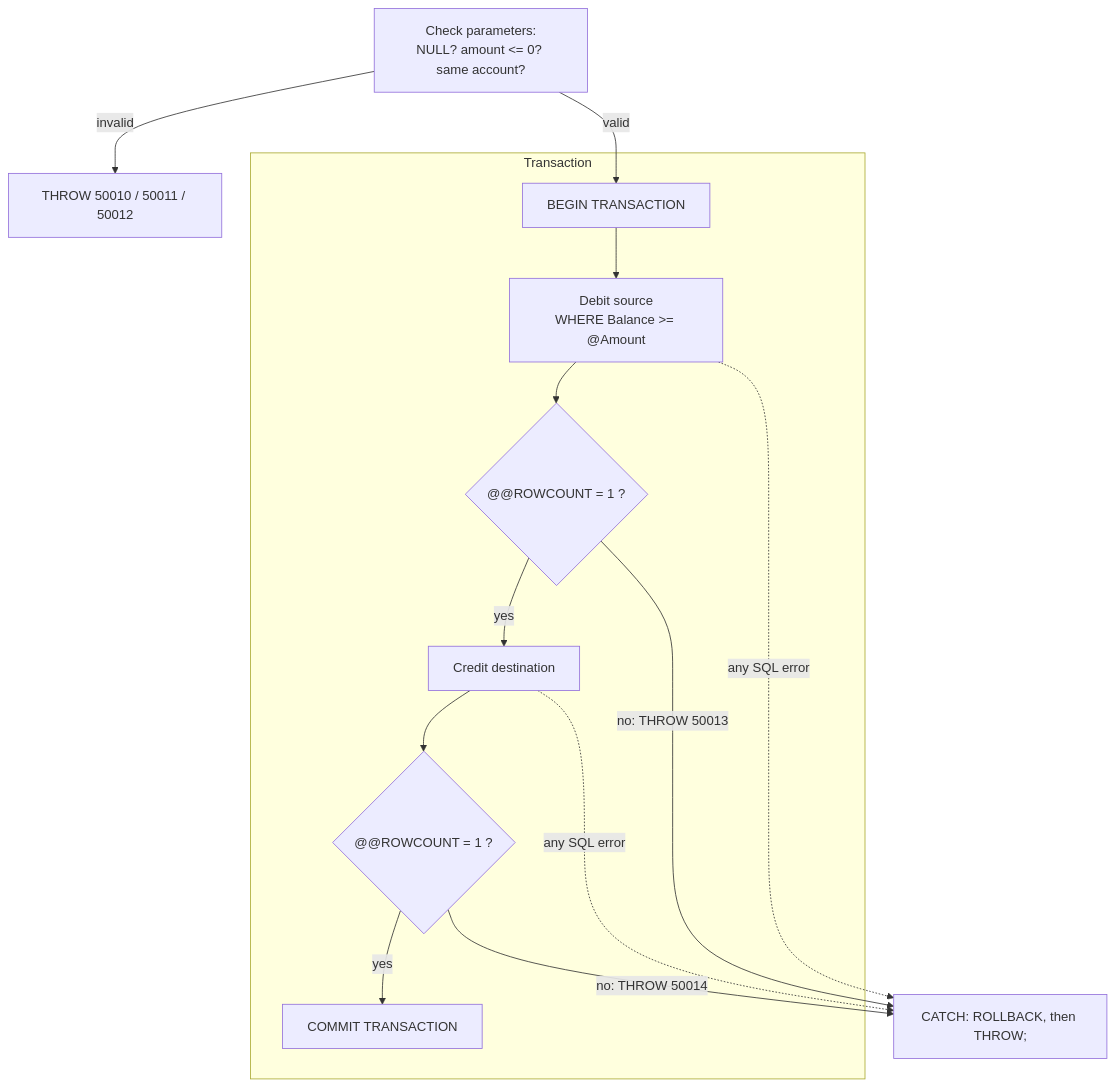
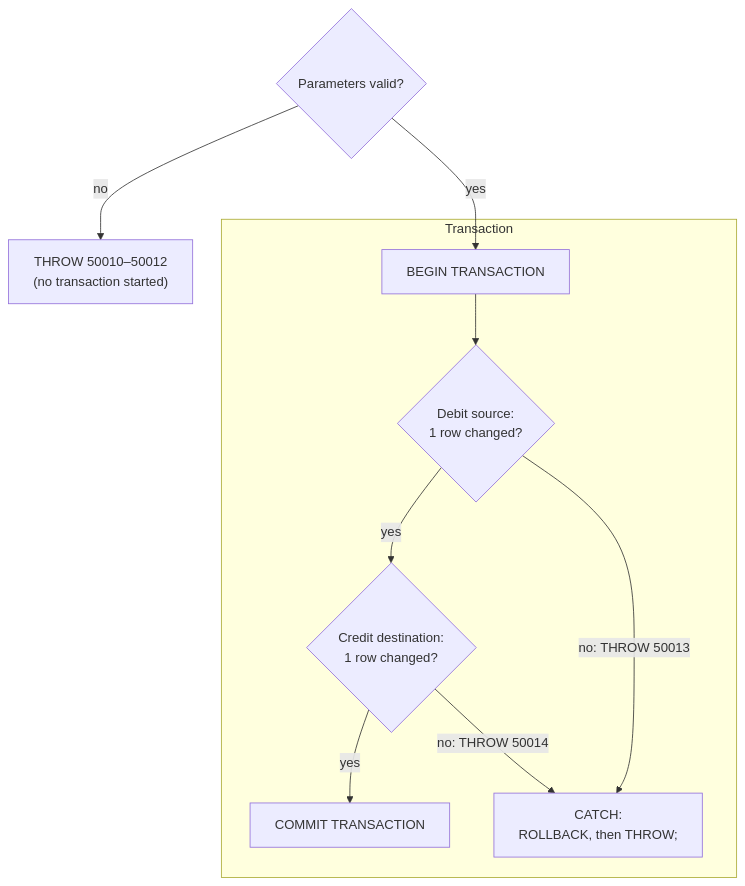
Before and after one commit to tjovic/database-design-labs-public: the third of 9 diagrams in labs/lab09-transactions.md, drawn with Mermaid. The commit also changed other lines of this file, not shown here.

````diff
--- a/labs/lab09-transactions.md
+++ b/labs/lab09-transactions.md
@@ -668,16 +668,12 @@
 ```mermaid
 flowchart TD
-    P["Check parameters:<br/>NULL? amount <= 0? same account?"] -->|"invalid"| E1["THROW 50010 / 50011 / 50012"]
-    P -->|"valid"| B
+    P{"Parameters valid?"} -->|"no"| E1["THROW 50010–50012<br/>(no transaction started)"]
+    P -->|"yes"| B
     subgraph TRAN["Transaction"]
-        B["BEGIN TRANSACTION"] --> D["Debit source<br/>WHERE Balance >= @Amount"]
-        D --> R1{"@@ROWCOUNT = 1 ?"}
-        R1 -->|"yes"| C["Credit destination"]
-        C --> R2{"@@ROWCOUNT = 1 ?"}
-        R2 -->|"yes"| CM["COMMIT TRANSACTION"]
+        B["BEGIN TRANSACTION"] --> D{"Debit source:<br/>1 row changed?"}
+        D -->|"yes"| C{"Credit destination:<br/>1 row changed?"}
+        C -->|"yes"| CM["COMMIT TRANSACTION"]
+        D -->|"no: THROW 50013"| X["CATCH:<br/>ROLLBACK, then THROW;"]
+        C -->|"no: THROW 50014"| X
     end
-    R1 -->|"no: THROW 50013"| CATCH["CATCH: ROLLBACK, then THROW;"]
-    R2 -->|"no: THROW 50014"| CATCH
-    D -.->|"any SQL error"| CATCH
-    C -.->|"any SQL error"| CATCH
 ```
````
